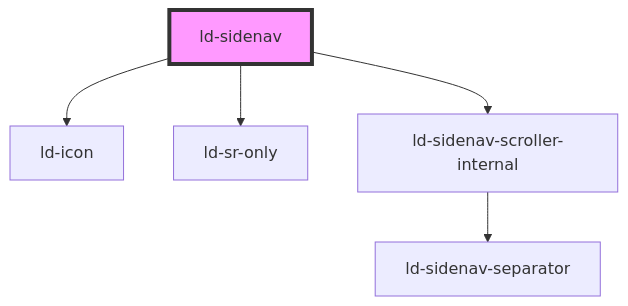
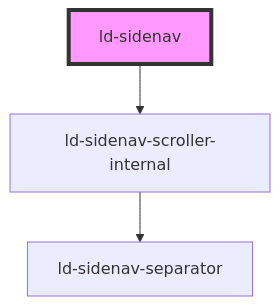
Before and after one commit to emdgroup-liquid/liquid: the diagram in src/liquid/components/ld-sidenav/readme.md, drawn with Mermaid. The commit also changed other lines of this file and 155 other files, not shown here.

````diff
--- a/src/liquid/components/ld-sidenav/readme.md
+++ b/src/liquid/components/ld-sidenav/readme.md
@@ -722,8 +943,6 @@
 ```mermaid
 graph TD;
-  ld-sidenav --> ld-icon
-  ld-sidenav --> ld-sr-only
   ld-sidenav --> ld-sidenav-scroller-internal
   ld-sidenav-scroller-internal --> ld-sidenav-separator
   style ld-sidenav fill:#f9f,stroke:#333,stroke-width:4px
 ```
````
